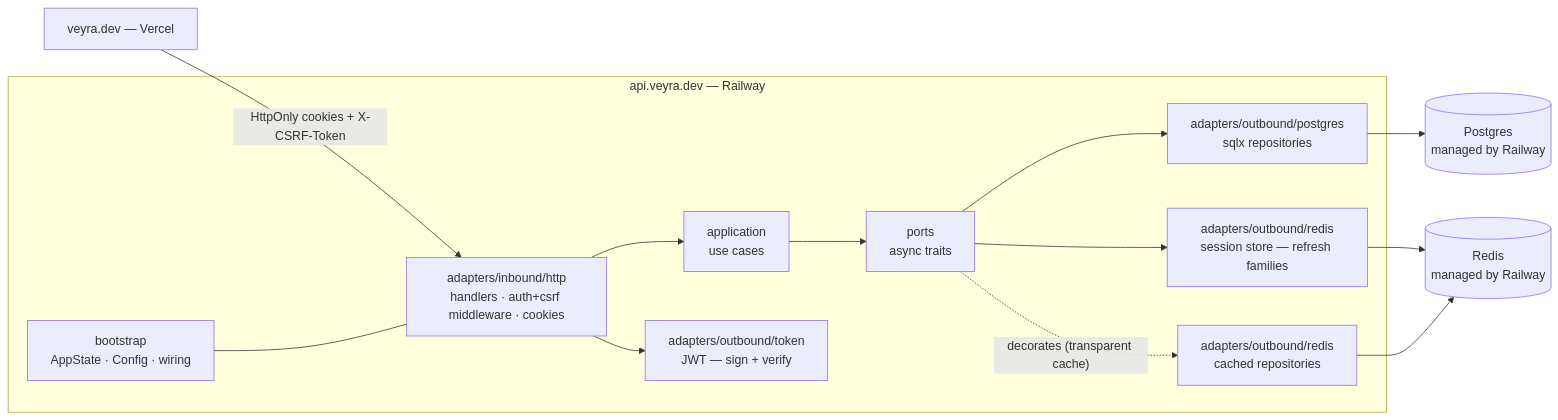
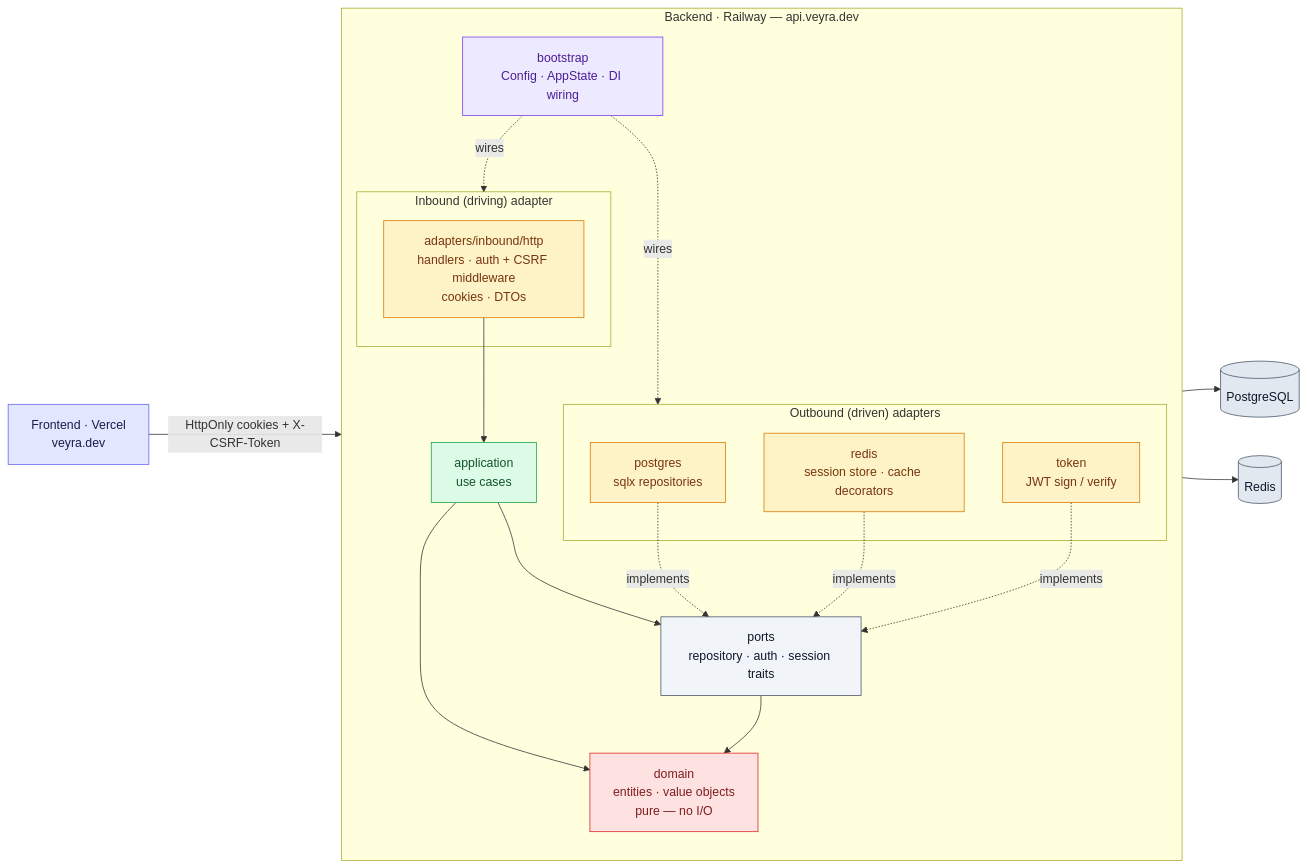
The diagram in README.md (oksasatya/veyra), drawn with Mermaid before and after one commit. The commit also changed other lines of this file, not shown here.

````diff
--- a/README.md
+++ b/README.md
@@ -32,18 +32,48 @@
 ```mermaid
 flowchart LR
-  FE["veyra.dev — Vercel"] -->|"HttpOnly cookies + X-CSRF-Token"| H
+  FE["Frontend · Vercel<br/>veyra.dev"]:::ext
 
-  subgraph API["api.veyra.dev — Railway"]
-    H["adapters/inbound/http\nhandlers · auth+csrf middleware · cookies"] --> A["application\nuse cases"]
-    A --> P["ports\nasync traits"]
-    P --> PG["adapters/outbound/postgres\nsqlx repositories"]
-    P --> RS["adapters/outbound/redis\nsession store — refresh families"]
-    P -. "decorates (transparent cache)" .-> CD["adapters/outbound/redis\ncached repositories"]
-    H --> TK["adapters/outbound/token\nJWT — sign + verify"]
-    BS["bootstrap\nAppState · Config · wiring"] --- H
+  subgraph RW["Backend · Railway — api.veyra.dev"]
+    direction TB
+
+    subgraph IN["Inbound (driving) adapter"]
+      H["adapters/inbound/http<br/>handlers · auth + CSRF middleware<br/>cookies · DTOs"]:::adapter
+    end
+
+    A["application<br/>use cases"]:::app
+    P["ports<br/>repository · auth · session traits"]:::port
+    D["domain<br/>entities · value objects<br/>pure — no I/O"]:::core
+
+    subgraph OUT["Outbound (driven) adapters"]
+      PGA["postgres<br/>sqlx repositories"]:::adapter
+      RSA["redis<br/>session store · cache decorators"]:::adapter
+      TKA["token<br/>JWT sign / verify"]:::adapter
+    end
+
+    BS["bootstrap<br/>Config · AppState · DI wiring"]:::boot
   end
 
-  PG --> DB[("Postgres\nmanaged by Railway")]
-  RS --> RD[("Redis\nmanaged by Railway")]
-  CD --> RD
+  PG[("PostgreSQL")]:::infra
+  RD[("Redis")]:::infra
+
+  FE -->|"HttpOnly cookies + X-CSRF-Token"| H
+  H --> A
+  A --> P
+  A --> D
+  P --> D
+  PGA -. implements .-> P
+  RSA -. implements .-> P
+  TKA -. implements .-> P
+  PGA --> PG
+  RSA --> RD
+  BS -. wires .-> IN
+  BS -. wires .-> OUT
+
+  classDef ext fill:#e0e7ff,stroke:#6366f1,color:#1e1b4b;
+  classDef adapter fill:#fef3c7,stroke:#d97706,color:#78350f;
+  classDef app fill:#dcfce7,stroke:#16a34a,color:#14532d;
+  classDef port fill:#f1f5f9,stroke:#475569,color:#0f172a;
+  classDef core fill:#fee2e2,stroke:#dc2626,color:#7f1d1d;
+  classDef infra fill:#e2e8f0,stroke:#475569,color:#0f172a;
+  classDef boot fill:#ede9fe,stroke:#7c3aed,color:#4c1d95;
 ```
````
